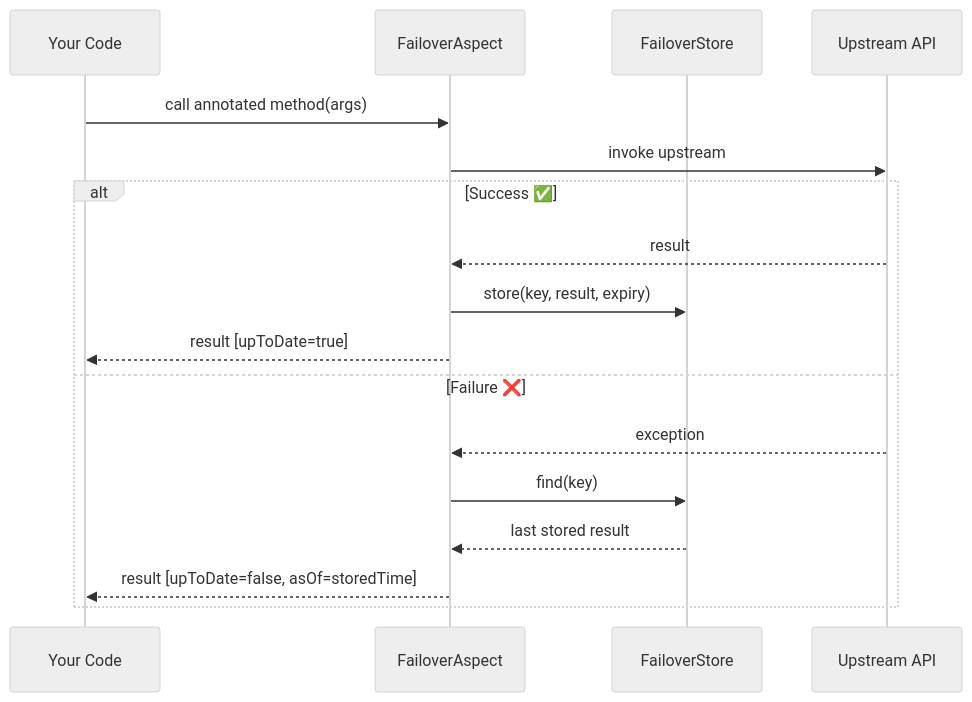
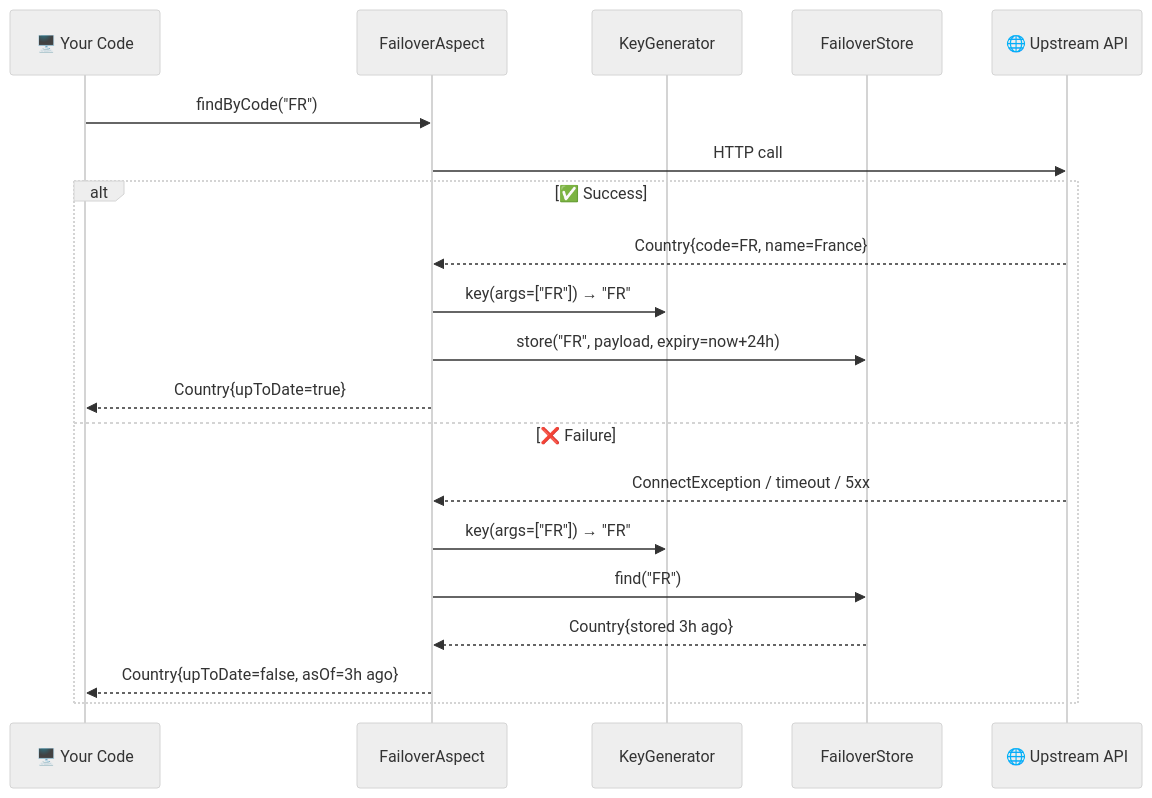
One commit to societe-generale/failover changed the diagram in docs/index.md. Above: the diagram before and after it, drawn with Mermaid (neutral theme). The commit also changed other lines of this file and 34 other files, not shown here.

````diff
--- a/docs/index.md
+++ b/docs/index.md
@@ -129,21 +185,24 @@
 ```mermaid
 sequenceDiagram
-    participant C as Your Code
+    participant C as 🖥️ Your Code
     participant A as FailoverAspect
+    participant K as KeyGenerator
     participant S as FailoverStore
-    participant U as Upstream API
+    participant U as 🌐 Upstream API
 
-    C->>A: call annotated method(args)
-    A->>U: invoke upstream
+    C->>A: findByCode("FR")
+    A->>U: HTTP call
 
-    alt Success ✅
-        U-->>A: result
-        A->>S: store(key, result, expiry)
-        A-->>C: result  [upToDate=true]
-    else Failure ❌
-        U-->>A: exception
-        A->>S: find(key)
-        S-->>A: last stored result
-        A-->>C: result  [upToDate=false, asOf=storedTime]
+    alt ✅ Success
+        U-->>A: Country{code=FR, name=France}
+        A->>K: key(args=["FR"]) → "FR"
+        A->>S: store("FR", payload, expiry=now+24h)
+        A-->>C: Country{upToDate=true}
+    else ❌ Failure
+        U-->>A: ConnectException / timeout / 5xx
+        A->>K: key(args=["FR"]) → "FR"
+        A->>S: find("FR")
+        S-->>A: Country{stored 3h ago}
+        A-->>C: Country{upToDate=false, asOf=3h ago}
     end
 ```
````
